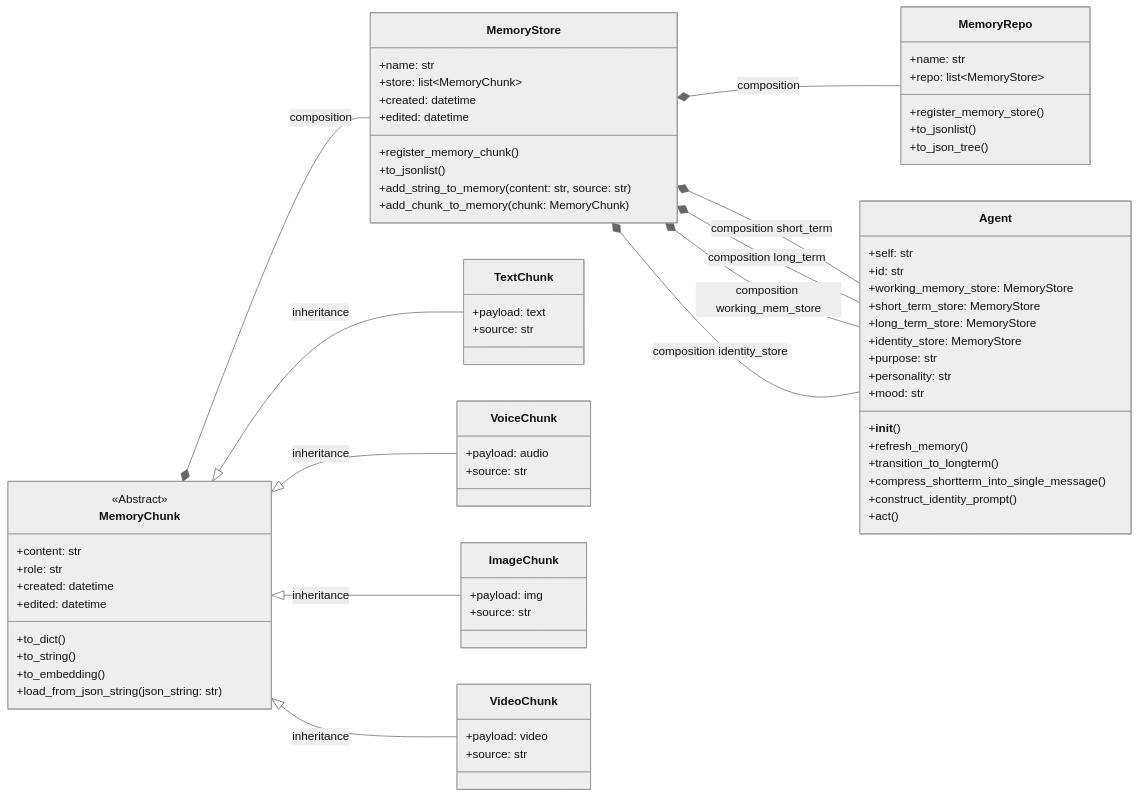
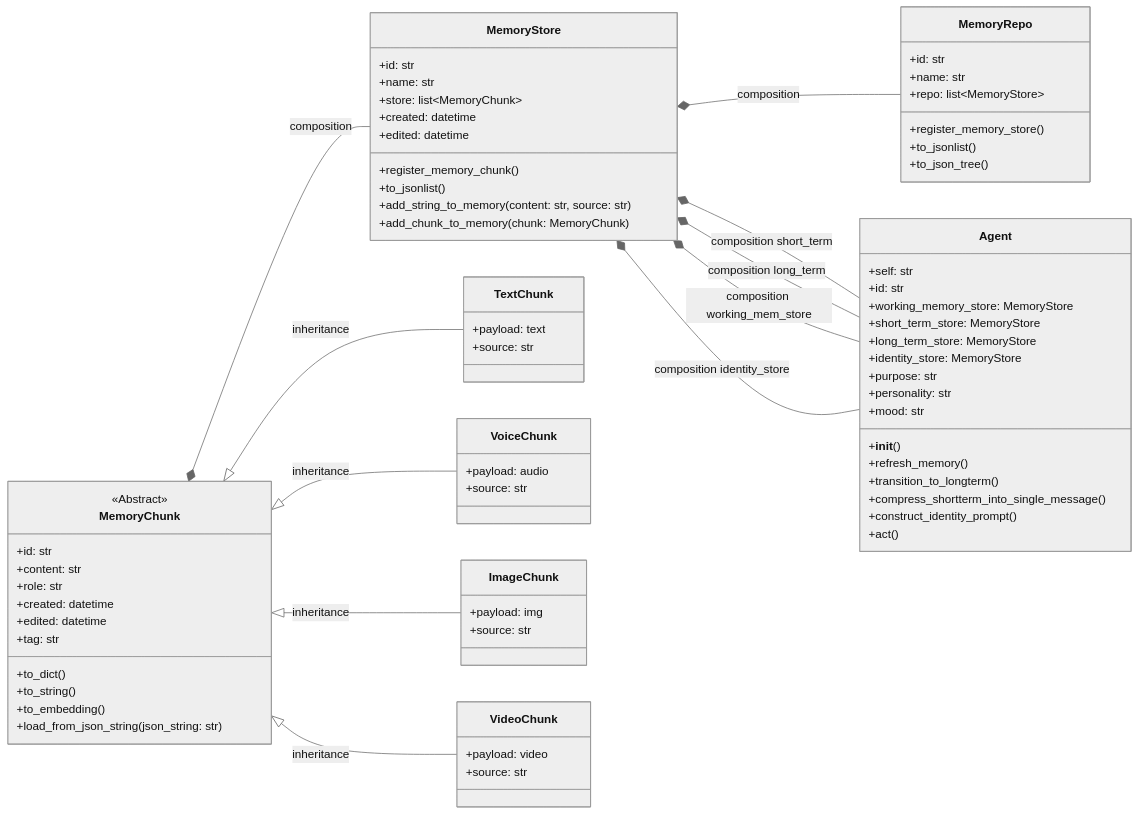
The diagram in backend/README.md (Sidebrain/interview-prep-agent), drawn with Mermaid (neutral theme) before and after one commit. The commit also changed 13 other files, not shown here.

```diff
--- a/backend/README.md
+++ b/backend/README.md
@@ -24,10 +24,12 @@
 
     class MemoryChunk {
         <<Abstract>>
+        +id: str
         +content: str
         +role: str
         +created: datetime
         +edited: datetime
+        +tag: str
         %% +embedding: list~int~
         +to_dict()
         +to_string()
@@ -38,6 +40,7 @@
     }
 
     class MemoryStore {
+        +id: str
         +name: str
         %% can also be a queue
         +store: list~MemoryChunk~
@@ -51,6 +54,7 @@
     }
 
     class MemoryRepo {
+        +id: str
         +name: str
         +repo: list~MemoryStore~
         +register_memory_store()
```
